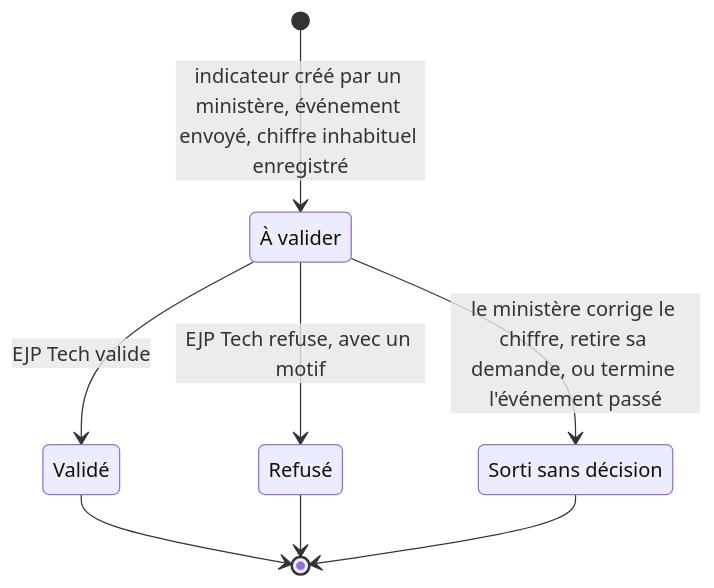
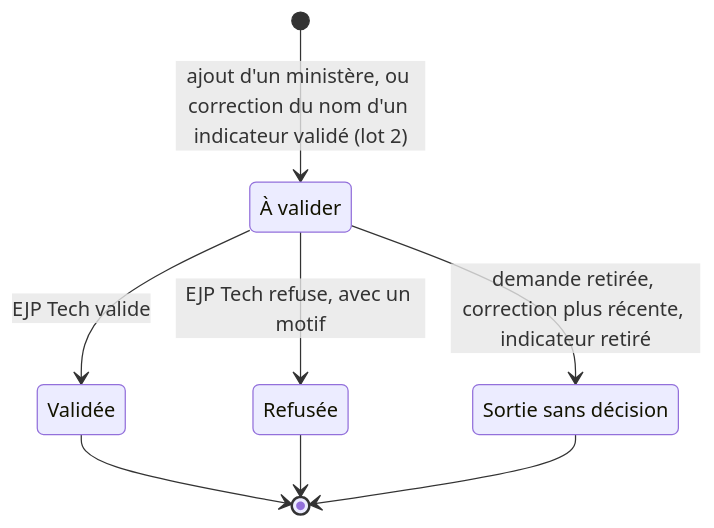
The diagram in docs/conception/validation-metier.md (eglisejp-tech/pilotage-ejp), drawn with Mermaid before and after one commit. The commit also changed other lines of this file and 2 other files, not shown here.

````diff
--- a/docs/conception/validation-metier.md
+++ b/docs/conception/validation-metier.md
@@ -182,14 +167,14 @@
 ```mermaid
 stateDiagram-v2
   state "À valider" as attente
-  state "Validé" as valide
-  state "Refusé" as refuse
-  state "Sorti sans décision" as sorti
-  [*] --> attente : indicateur créé par un ministère, événement envoyé, chiffre inhabituel enregistré
+  state "Validée" as valide
+  state "Refusée" as refuse
+  state "Sortie sans décision" as sortie
+  [*] --> attente : ajout d'un ministère, ou correction du nom d'un indicateur validé (lot 2)
   attente --> valide : EJP Tech valide
   attente --> refuse : EJP Tech refuse, avec un motif
-  attente --> sorti : le ministère corrige le chiffre, retire sa demande, ou termine l'événement passé
+  attente --> sortie : demande retirée, correction plus récente, indicateur retiré
   valide --> [*]
   refuse --> [*]
-  sorti --> [*]
+  sortie --> [*]
 ```
````
